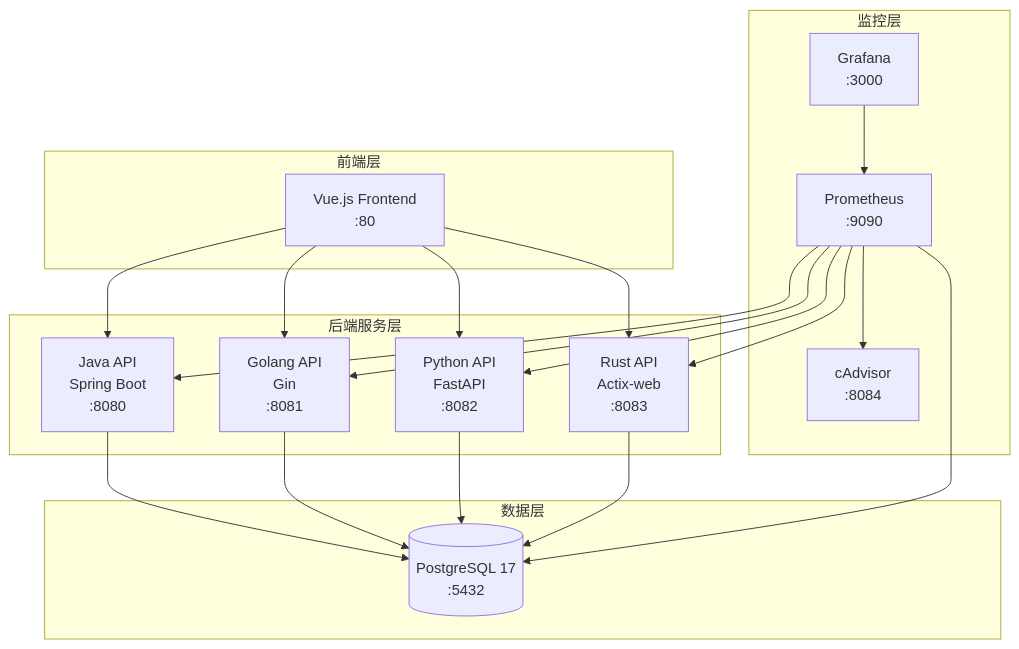
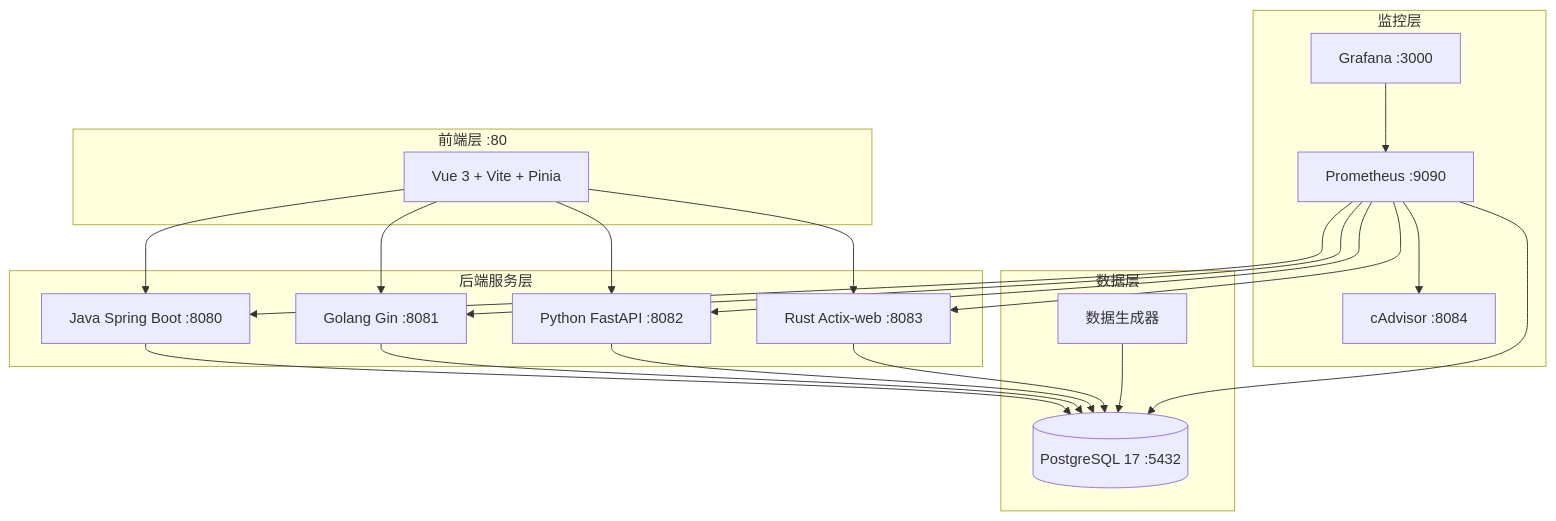
Before and after one commit to HYKINGDOM/benchmark-IO: the diagram in README.md, drawn with Mermaid. The commit also changed other lines of this file and 28 other files, not shown here.

````diff
--- a/README.md
+++ b/README.md
@@ -20,42 +7,30 @@
 ```mermaid
 graph TB
-    subgraph Frontend["前端层"]
-        FrontendApp[Vue.js Frontend<br/>:80]
+    subgraph Frontend["前端层 :80"]
+        VueApp[Vue 3 + Vite + Pinia]
     end
 
     subgraph Backend["后端服务层"]
-        JavaAPI[Java API<br/>Spring Boot<br/>:8080]
-        GolangAPI[Golang API<br/>Gin<br/>:8081]
-        PythonAPI[Python API<br/>FastAPI<br/>:8082]
-        RustAPI[Rust API<br/>Actix-web<br/>:8083]
+        Java[Java Spring Boot :8080]
+        Go[Golang Gin :8081]
+        Py[Python FastAPI :8082]
+        Rs[Rust Actix-web :8083]
     end
 
-    subgraph Database["数据层"]
-        PostgreSQL[(PostgreSQL 17<br/>:5432)]
+    subgraph Data["数据层"]
+        PG[(PostgreSQL 17 :5432)]
+        Gen[数据生成器]
     end
 
     subgraph Monitor["监控层"]
-        Prometheus[Prometheus<br/>:9090]
-        Grafana[Grafana<br/>:3000]
-        cAdvisor[cAdvisor<br/>:8084]
+        Prom[Prometheus :9090]
+        Graf[Grafana :3000]
+        Cad[cAdvisor :8084]
     end
 
-    FrontendApp --> JavaAPI
-    FrontendApp --> GolangAPI
-    FrontendApp --> PythonAPI
-    FrontendApp --> RustAPI
-
-    JavaAPI --> PostgreSQL
-    GolangAPI --> PostgreSQL
-    PythonAPI --> PostgreSQL
-    RustAPI --> PostgreSQL
-
-    Prometheus --> JavaAPI
-    Prometheus --> GolangAPI
-    Prometheus --> PythonAPI
-    Prometheus --> RustAPI
-    Prometheus --> cAdvisor
-    Prometheus --> PostgreSQL
-
-    Grafana --> Prometheus
+    VueApp --> Java & Go & Py & Rs
+    Java & Go & Py & Rs --> PG
+    Gen --> PG
+    Prom --> Java & Go & Py & Rs & PG & Cad
+    Graf --> Prom
 ```
````
